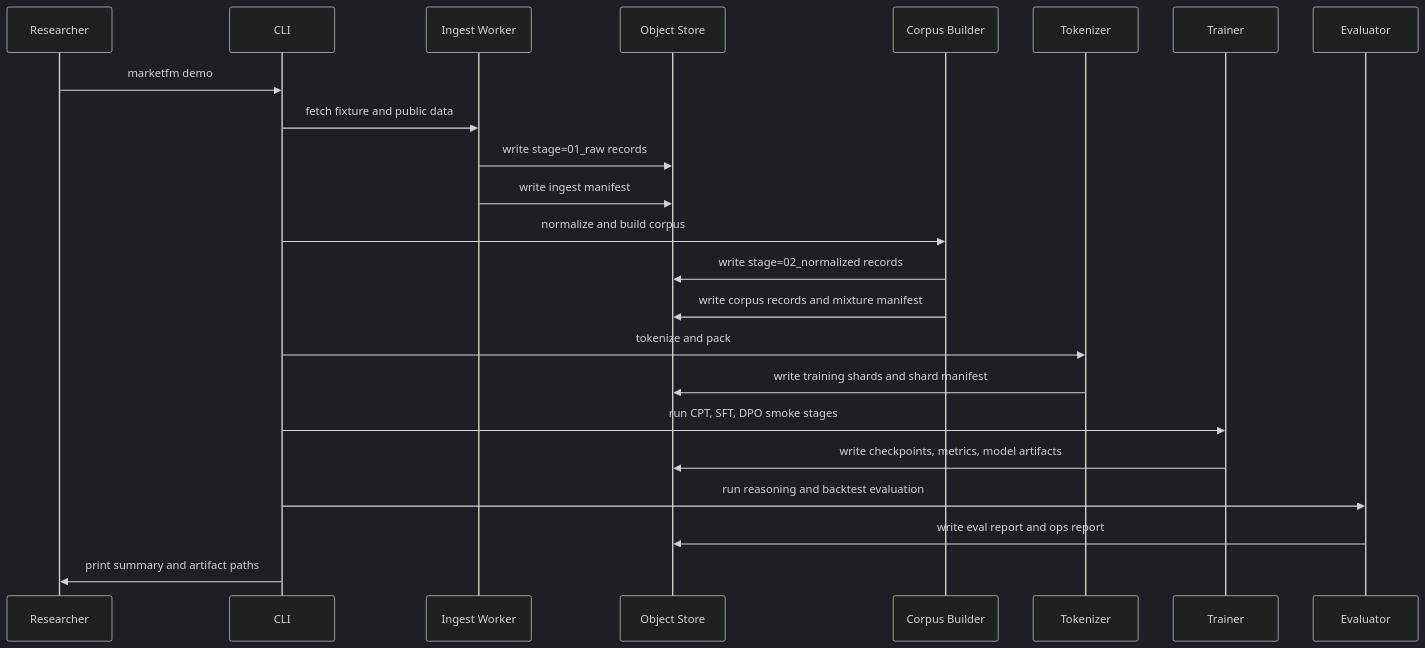
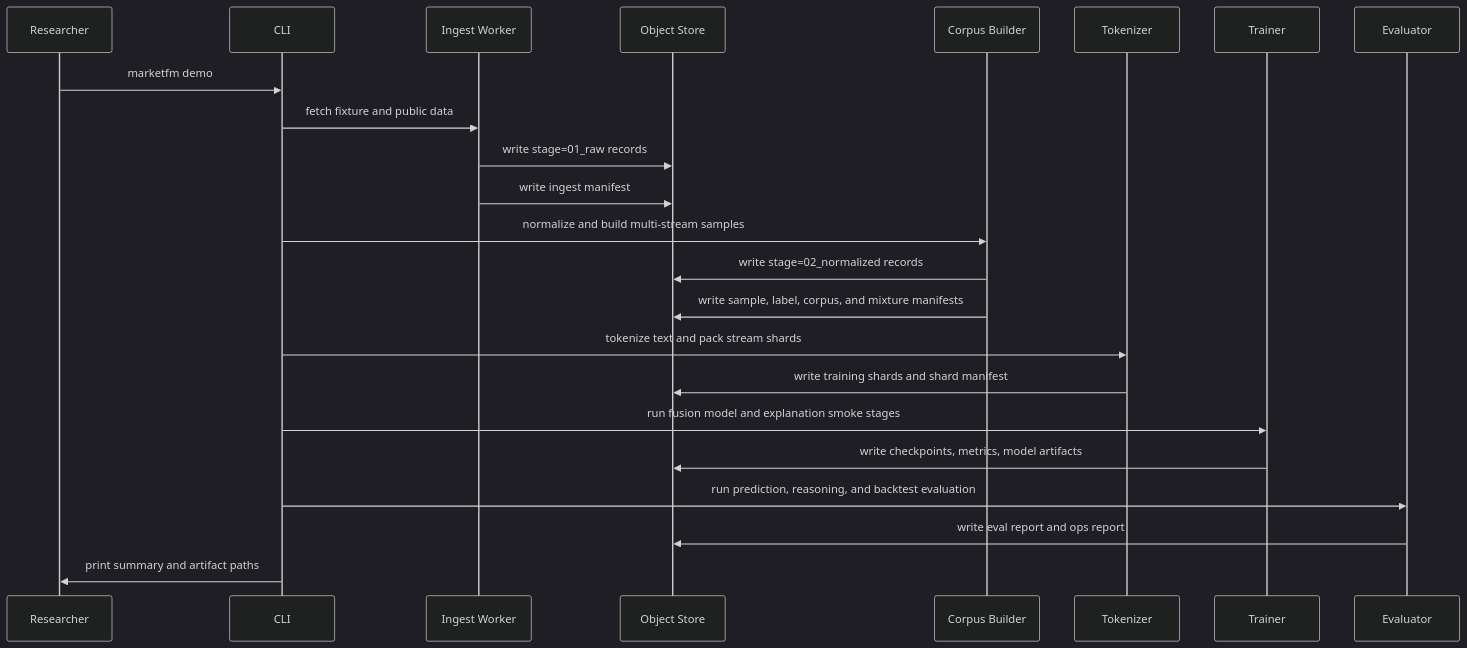
The third of 4 diagrams in docs/high-level-design.md (duoan/mega-trading), drawn with Mermaid (dark theme) before and after one commit. The commit also changed other lines of this file and 8 other files, not shown here.

````diff
--- a/docs/high-level-design.md
+++ b/docs/high-level-design.md
@@ -411,26 +421,26 @@
 ```mermaid
 sequenceDiagram
     participant User as Researcher
     participant CLI as CLI
     participant Ingest as Ingest Worker
     participant Store as Object Store
     participant Corpus as Corpus Builder
     participant Tok as Tokenizer
     participant Train as Trainer
     participant Eval as Evaluator
 
     User->>CLI: marketfm demo
     CLI->>Ingest: fetch fixture and public data
     Ingest->>Store: write stage=01_raw records
     Ingest->>Store: write ingest manifest
-    CLI->>Corpus: normalize and build corpus
+    CLI->>Corpus: normalize and build multi-stream samples
     Corpus->>Store: write stage=02_normalized records
-    Corpus->>Store: write corpus records and mixture manifest
-    CLI->>Tok: tokenize and pack
+    Corpus->>Store: write sample, label, corpus, and mixture manifests
+    CLI->>Tok: tokenize text and pack stream shards
     Tok->>Store: write training shards and shard manifest
-    CLI->>Train: run CPT, SFT, DPO smoke stages
+    CLI->>Train: run fusion model and explanation smoke stages
     Train->>Store: write checkpoints, metrics, model artifacts
-    CLI->>Eval: run reasoning and backtest evaluation
+    CLI->>Eval: run prediction, reasoning, and backtest evaluation
     Eval->>Store: write eval report and ops report
     CLI->>User: print summary and artifact paths
 ```
````
